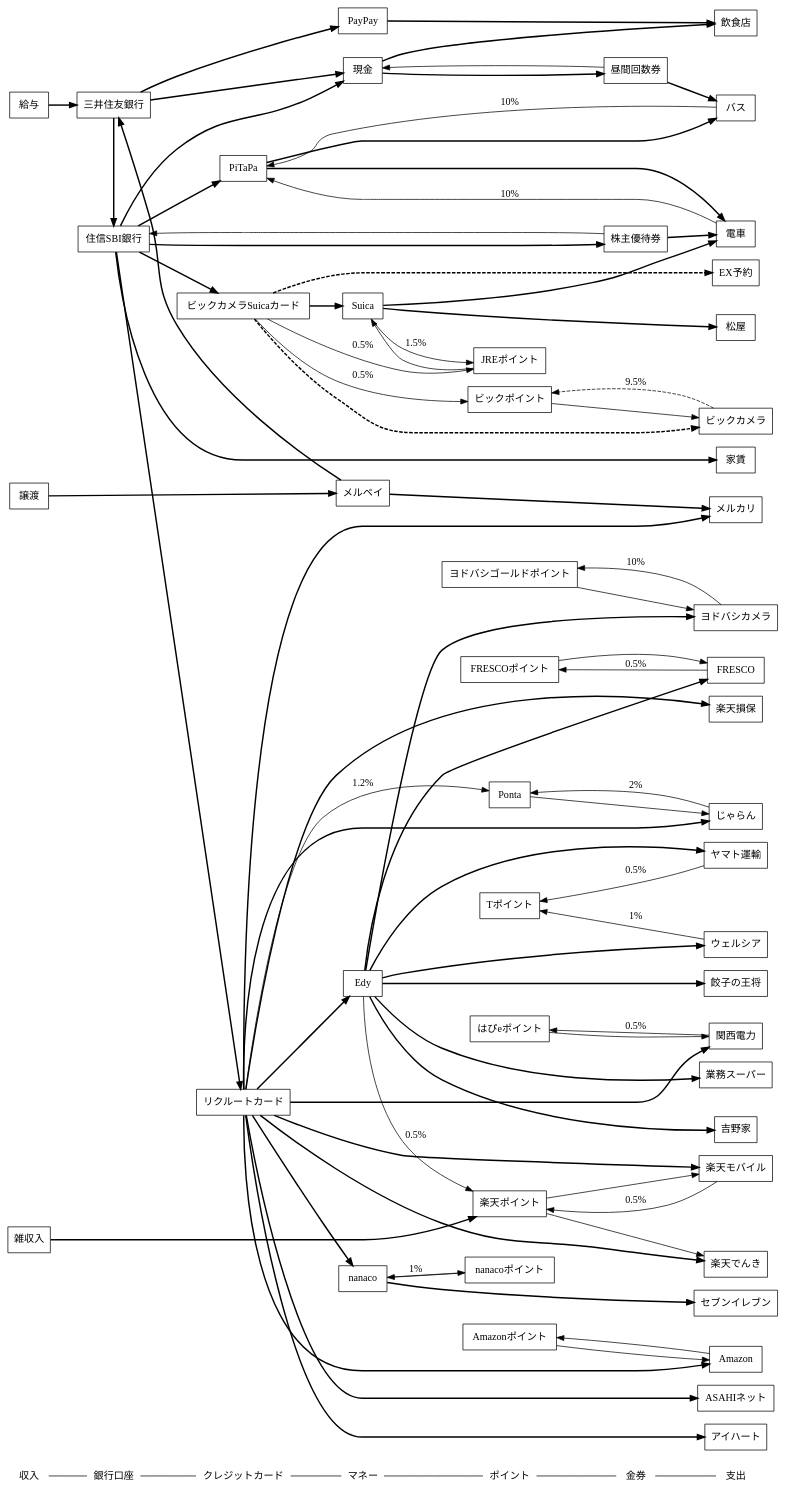
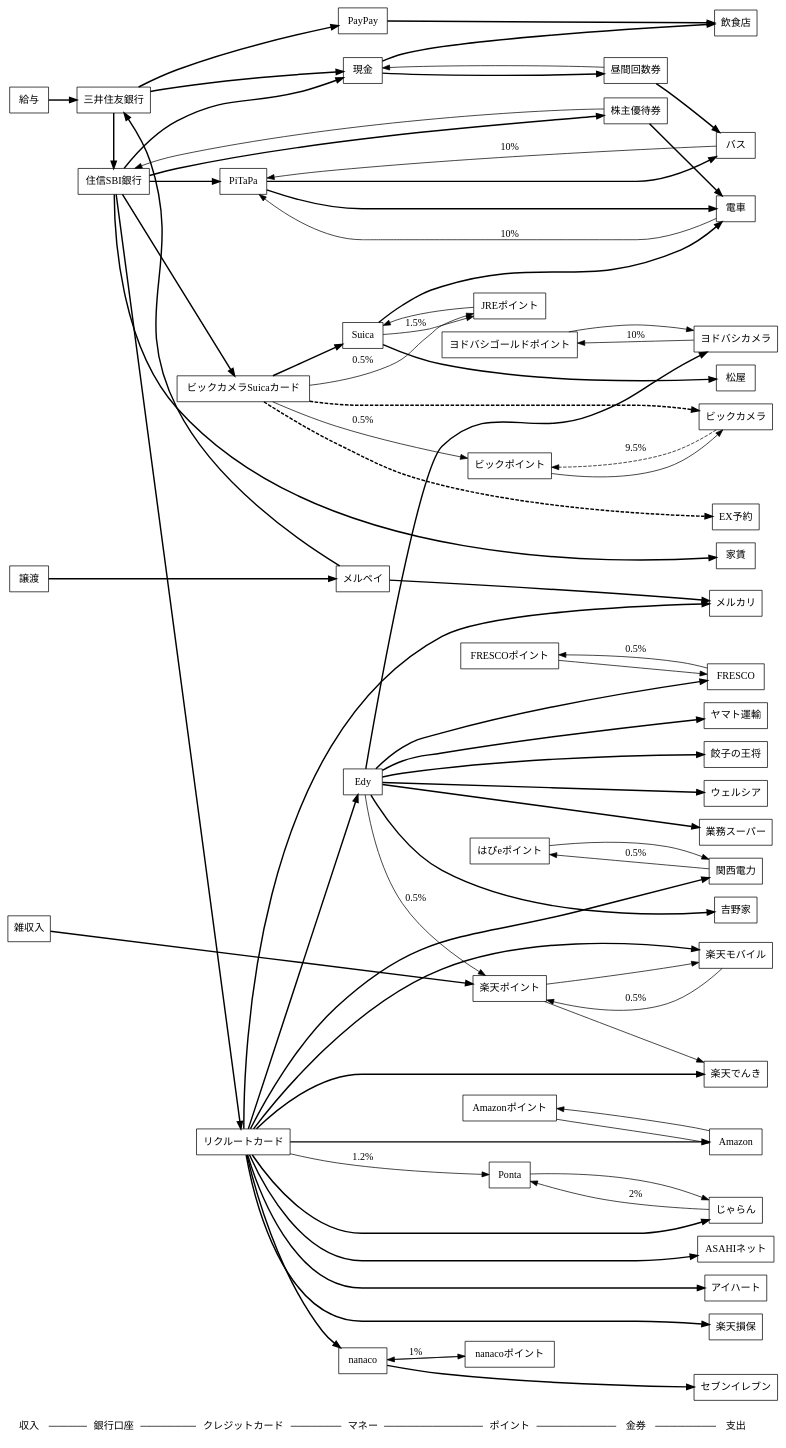
Before and after one commit to saireya/moneyflow: the diagram in moneyflow.dot, drawn with Graphviz. The commit also changed 1 other file, not shown here.

```diff
--- a/moneyflow.dot
+++ b/moneyflow.dot
@@ -1,179 +1,176 @@
 // dot -Tsvg moneyflow.dot -o moneyflow.svg
 // edge: bold: 支出, solid: 還元(label:還元率), dashed: Obsolete
 digraph "MoneyFlow"
 {
 	graph [ rankdir = LR ];
 	node [ shape = box ];
 
 	"収入", "銀行口座", "クレジットカード", "マネー", "ポイント", "金券", "支出" [shape = none];
 	"収入" -> "銀行口座" -> "クレジットカード" -> "マネー" -> "ポイント" -> "金券" -> "支出" [arrowhead = none];
 	{
 		rank = same; "収入";
 		給与;
 		譲渡;
 		雑収入;
 	}
 
 	{
 		rank = same; "銀行口座";
 		三井住友銀行;
 		住信SBI銀行;
 	}
 
 	{
 		rank = same; "クレジットカード";
 		ビックカメラSuicaカード;
 		リクルートカード;
 		PiTaPa;
 	}
 
 	{
 		rank = same; "マネー";
 		Suica;
 		現金;
 		nanaco;
 		Edy;
 		PayPay;
 		メルペイ;
 	}
 
 	{
 		rank = same; "ポイント";
 		// 共通ポイント
 		Ponta;
-		Tポイント;
 		楽天ポイント;
 		// クレジットカード関係
 		JREポイント;
 		// 独自ポイント
 		ビックポイント;
 		Amazonポイント;
 		nanacoポイント;
 		FRESCOポイント;
 		ヨドバシゴールドポイント;
 		はぴeポイント;
 	}
 
 	{
 		rank = same; "金券";
 		株主優待券;
 		昼間回数券;
 	}
 
 	{
 		rank = same; "支出";
 		家賃;
 		// コンビニ
 		セブンイレブン;
 		// 交通
 		電車;
 		バス;
 		// インフラ
 		ASAHIネット;
 		楽天モバイル;
 		楽天でんき;
 		関西電力;
 		ヤマト運輸;
 		楽天損保;
 		// 店舗
 		アイハート;
 		ウェルシア;
 		ビックカメラ;
 		ヨドバシカメラ;
 		餃子の王将;
 		飲食店;
 		FRESCO;
 		業務スーパー;
 		松屋;
 		吉野家;
 		// ネット
 		Amazon;
 		EX予約;
 		じゃらん;
 		メルカリ;
 	}
 
 	// SMBC
 	給与 -> 三井住友銀行 [style="bold", weight=100];
 	三井住友銀行 -> 現金, 住信SBI銀行 [style="bold", weight=100];
 	三井住友銀行 -> PayPay [style="bold", weight=100];
 	PayPay -> 飲食店 [style="bold", weight=100];
 
 	// ビックカメラSuicaカード
 	ビックカメラSuicaカード -> JREポイント [label="0.5%"];
 	ビックカメラSuicaカード -> ビックカメラ [style="bold,dashed", weight=100];
 	ビックカメラ -> ビックポイント [style="dashed", label="9.5%"];
 	ビックカメラSuicaカード -> ビックポイント [label="0.5%"]
 	ビックポイント -> ビックカメラ;
 	ビックカメラSuicaカード -> Suica -> 電車 [style="bold", weight=100];
 	Suica -> 松屋 [style="bold", weight=100];
 	ビックカメラSuicaカード -> EX予約 [style="bold,dashed", weight=100];
 	Suica -> JREポイント [label="1.5%"];
 	JREポイント -> Suica;
 
 	// 住信SBI
 	住信SBI銀行 -> 現金 [style="bold", weight=100];
 	住信SBI銀行 -> 家賃 [style="bold", weight=100];
 	住信SBI銀行 -> ビックカメラSuicaカード, リクルートカード, PiTaPa [style="bold", weight=100];
 	住信SBI銀行 -> 株主優待券 [style="bold", weight=100];
 	株主優待券 -> 電車 [style="bold", weight=100];
 	株主優待券 -> 住信SBI銀行;
 
 	// リクルートカード
 	リクルートカード -> ASAHIネット [style="bold", weight=100];
 	リクルートカード -> Amazon [style="bold", weight=100];
 	リクルートカード -> じゃらん [style="bold", weight=100];
 	リクルートカード -> アイハート [style="bold", weight=100];
 	リクルートカード -> 関西電力 [style="bold", weight=100];
 	関西電力 -> はぴeポイント [label="0.5%"];
 	はぴeポイント -> 関西電力;
 	リクルートカード -> 楽天でんき [style="bold", weight=100];
 	リクルートカード -> 楽天損保 [style="bold", weight=100];
 	リクルートカード -> 楽天モバイル [style="bold", weight=100];
 	楽天モバイル -> 楽天ポイント [label="0.5%"];
 	楽天ポイント -> 楽天モバイル, 楽天でんき;
 	リクルートカード -> Edy [style="bold", weight=100];
 	Edy -> ヤマト運輸 [style="bold", weight=100];
-	ヤマト運輸 -> Tポイント [label="0.5%"];
 	Edy -> ヨドバシカメラ [style="bold", weight=100];
 	ヨドバシカメラ -> ヨドバシゴールドポイント [label="10%"];
 	ヨドバシゴールドポイント -> ヨドバシカメラ;
 	Edy -> ウェルシア [style="bold", weight=100];
-	ウェルシア -> Tポイント [label="1%"];
 	Edy -> 吉野家 [style="bold", weight=100];
 	Edy -> 楽天ポイント [label="0.5%"];
 	リクルートカード -> Ponta [label="1.2%"];
 	Ponta -> じゃらん;
 	じゃらん -> Ponta [label="2%"];
 	Amazon -> Amazonポイント -> Amazon;
 	リクルートカード -> nanaco [style="bold", weight=100];
 	nanaco -> セブンイレブン [style="bold", weight=100];
 	nanaco -> nanacoポイント [label="1%"];
 	nanacoポイント -> nanaco;
 	Edy -> 業務スーパー [style="bold", weight=100];
 	Edy -> FRESCO [style="bold", weight=100];
 	FRESCO -> FRESCOポイント [label="0.5%"];
 	FRESCOポイント -> FRESCO;
 	Edy -> 餃子の王将 [style="bold", weight=100];
 
 	// PiTaPa
 	PiTaPa -> 電車 [style="bold", weight=100];
 	電車 -> PiTaPa [label="10%"];
 	PiTaPa -> バス [style="bold", weight=100];
 	バス -> PiTaPa [label="10%"];
 
 	// 現金
 	現金 -> 飲食店 [style="bold", weight=100];
 	現金 -> 昼間回数券 [style="bold", weight=100];
 	昼間回数券 -> 現金;
 	昼間回数券 -> バス [style="bold", weight=100];
 
 	// 譲渡
 	譲渡 -> メルペイ [style="bold", weight=100];
 	メルペイ -> メルカリ [style="bold", weight=100];
 	メルペイ -> 三井住友銀行 [style="bold", weight=100];
 	リクルートカード -> メルカリ [style="bold", weight=100];
 
 	// 雑収入
 	雑収入 -> 楽天ポイント [style="bold", weight=100];
 }
```
